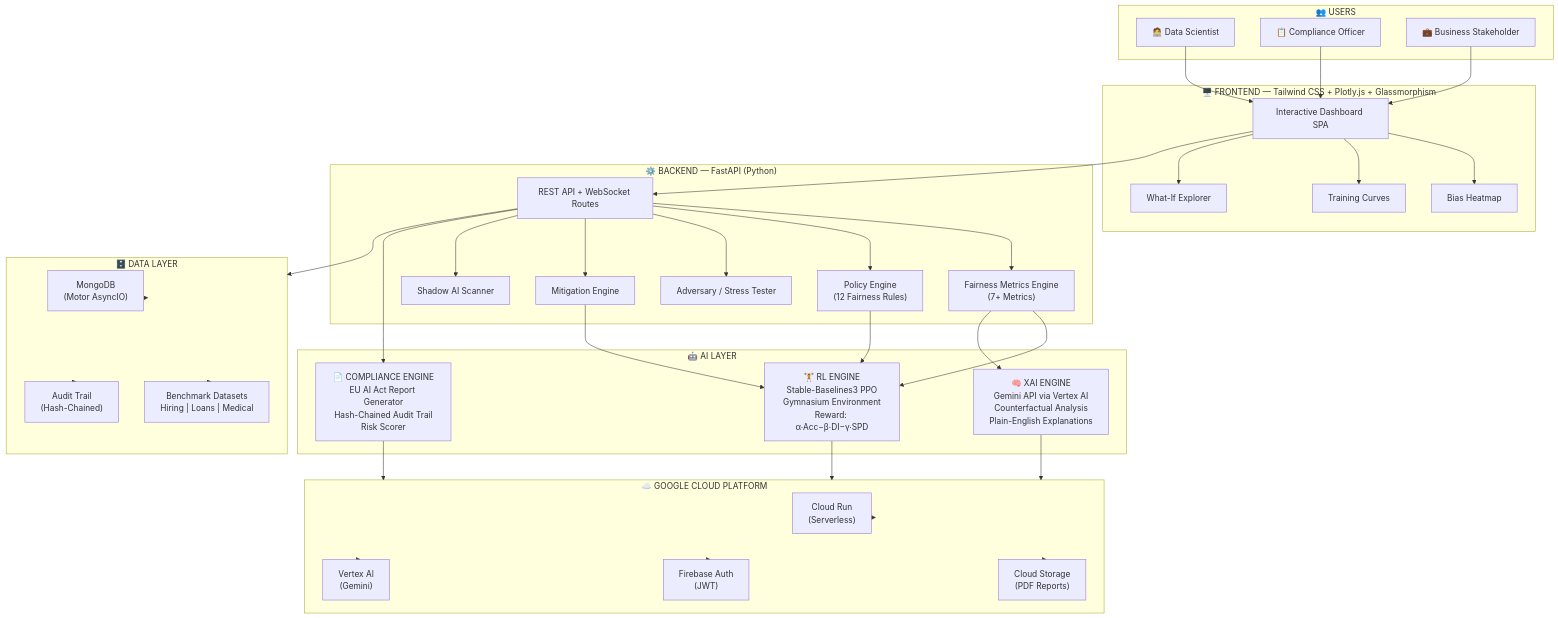
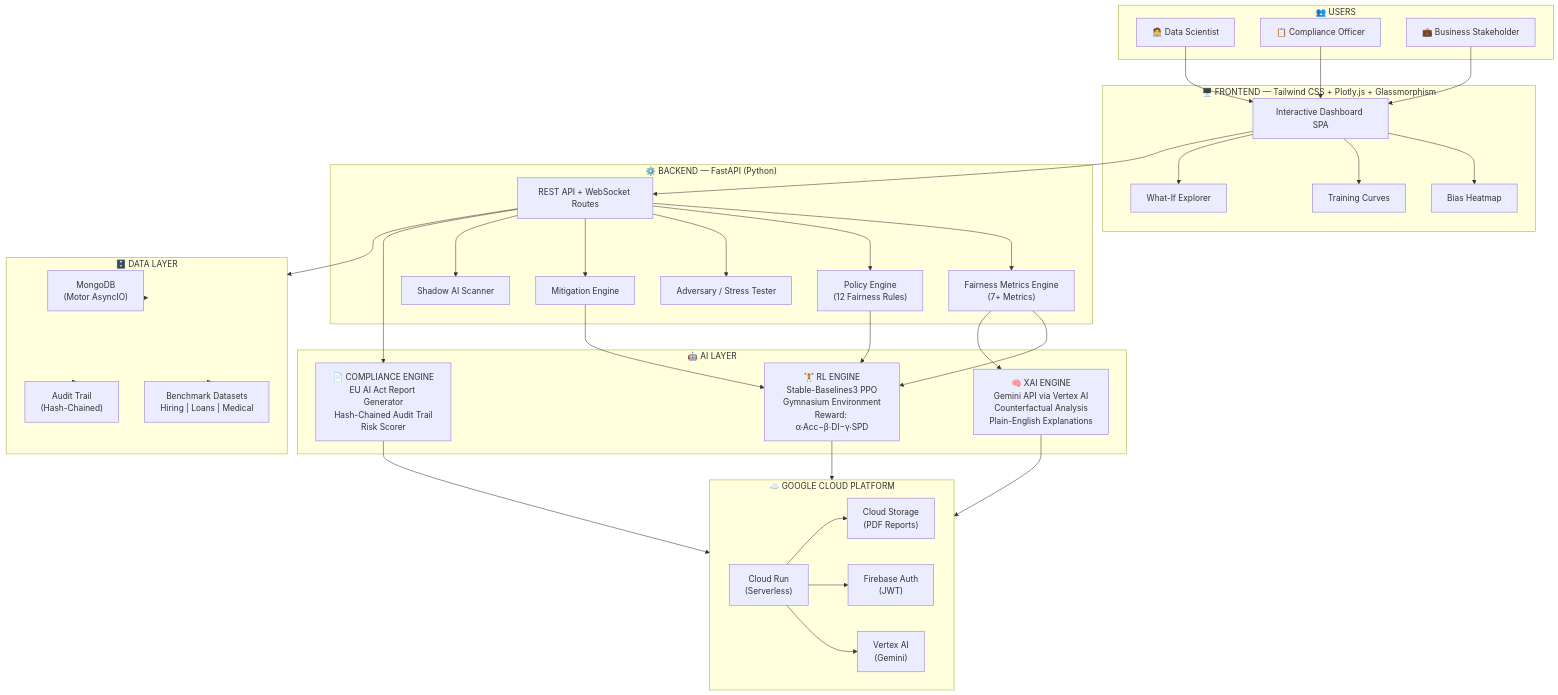
One commit to archirajpoot/GDP--Hackathon changed the diagram in README.md. Above: the diagram before and after it, drawn with Mermaid. The commit also changed other lines of this file, not shown here.

Commit message:
Fix relationships and update GitHub badge links
Updated README to reflect correct relationships and badge links.

````diff
--- a/README.md
+++ b/README.md
@@ -186,56 +186,58 @@
 ```mermaid
 graph TB
     subgraph Users ["👥 USERS"]
         DS["🧑‍💻 Data Scientist"]
         CO["📋 Compliance Officer"]
         BS["💼 Business Stakeholder"]
     end
 
     subgraph Frontend ["🖥️ FRONTEND — Tailwind CSS + Plotly.js + Glassmorphism"]
         UI["Interactive Dashboard SPA"]
         HM["Bias Heatmap"]
         TC["Training Curves"]
         WI["What-If Explorer"]
     end
 
     subgraph Backend ["⚙️ BACKEND — FastAPI (Python)"]
         API["REST API + WebSocket Routes"]
         FM["Fairness Metrics Engine\n(7+ Metrics)"]
         PE["Policy Engine\n(12 Fairness Rules)"]
         AD["Adversary / Stress Tester"]
         ME["Mitigation Engine"]
         SA["Shadow AI Scanner"]
     end
 
     subgraph AI ["🤖 AI LAYER"]
         RL["🏋️ RL ENGINE\nStable-Baselines3 PPO\nGymnasium Environment\nReward: α·Acc−β·DI−γ·SPD"]
         XAI["🧠 XAI ENGINE\nGemini API via Vertex AI\nCounterfactual Analysis\nPlain-English Explanations"]
         COMP["📄 COMPLIANCE ENGINE\nEU AI Act Report Generator\nHash-Chained Audit Trail\nRisk Scorer"]
     end
 
     subgraph GCP ["☁️ GOOGLE CLOUD PLATFORM"]
         CR["Cloud Run\n(Serverless)"]
         GCS["Cloud Storage\n(PDF Reports)"]
         FA["Firebase Auth\n(JWT)"]
         VA["Vertex AI\n(Gemini)"]
     end
 
     subgraph DB ["🗄️ DATA LAYER"]
         MDB["MongoDB\n(Motor AsyncIO)"]
         BDS["Benchmark Datasets\nHiring | Loans | Medical"]
         AT["Audit Trail\n(Hash-Chained)"]
     end
 
     DS & CO & BS --> UI
     UI --> HM & TC & WI
     UI --> API
     API --> FM & PE & AD & ME & SA
     FM & PE --> RL
     ME --> RL
     FM --> XAI
     API --> COMP
     RL & XAI & COMP --> GCP
-    GCP --> CR & GCS & FA & VA
+    CR --> GCS
+    CR --> FA
+    CR --> VA
     API --> DB
     DB --> MDB & BDS & AT
 ```
````
